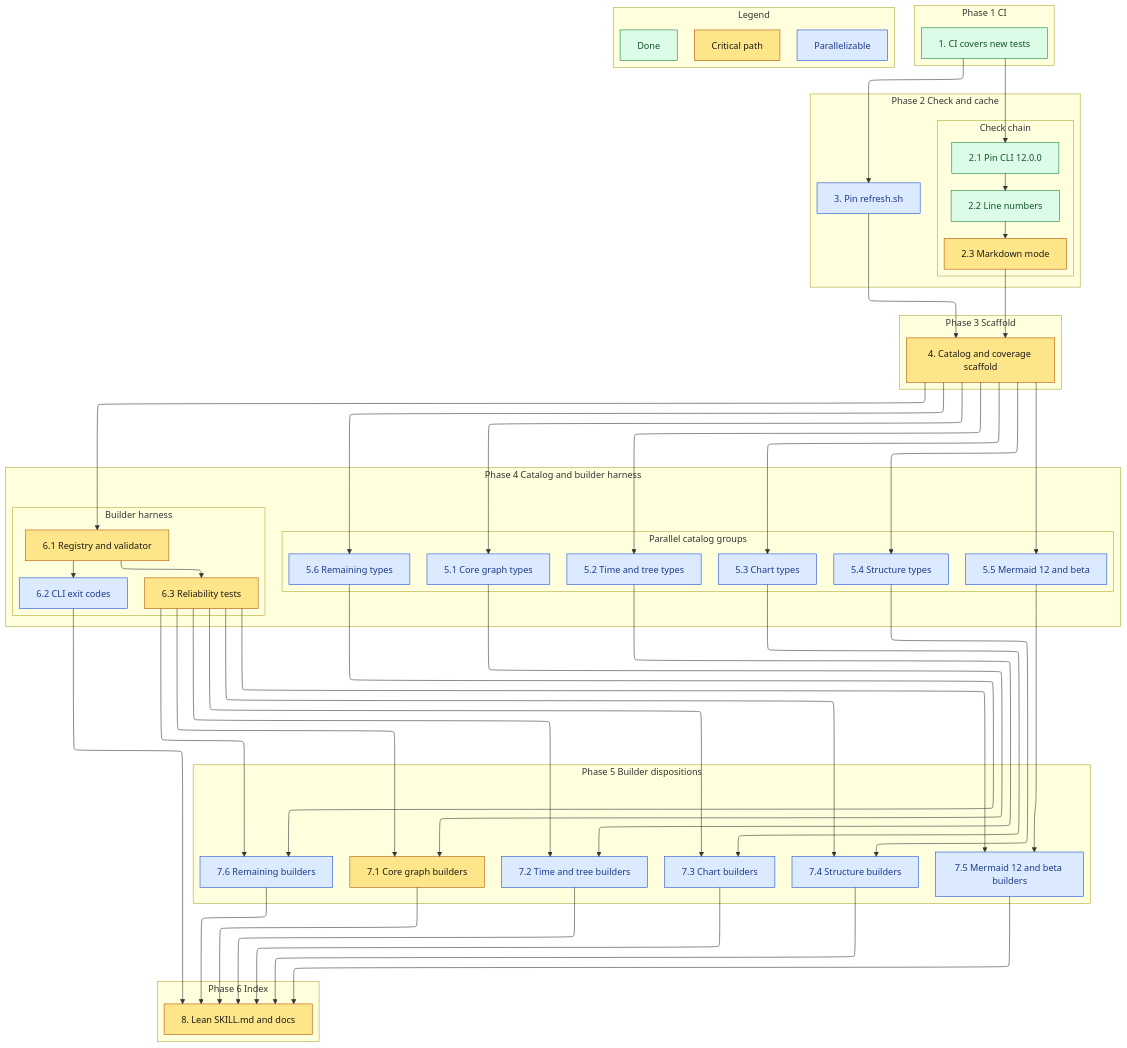
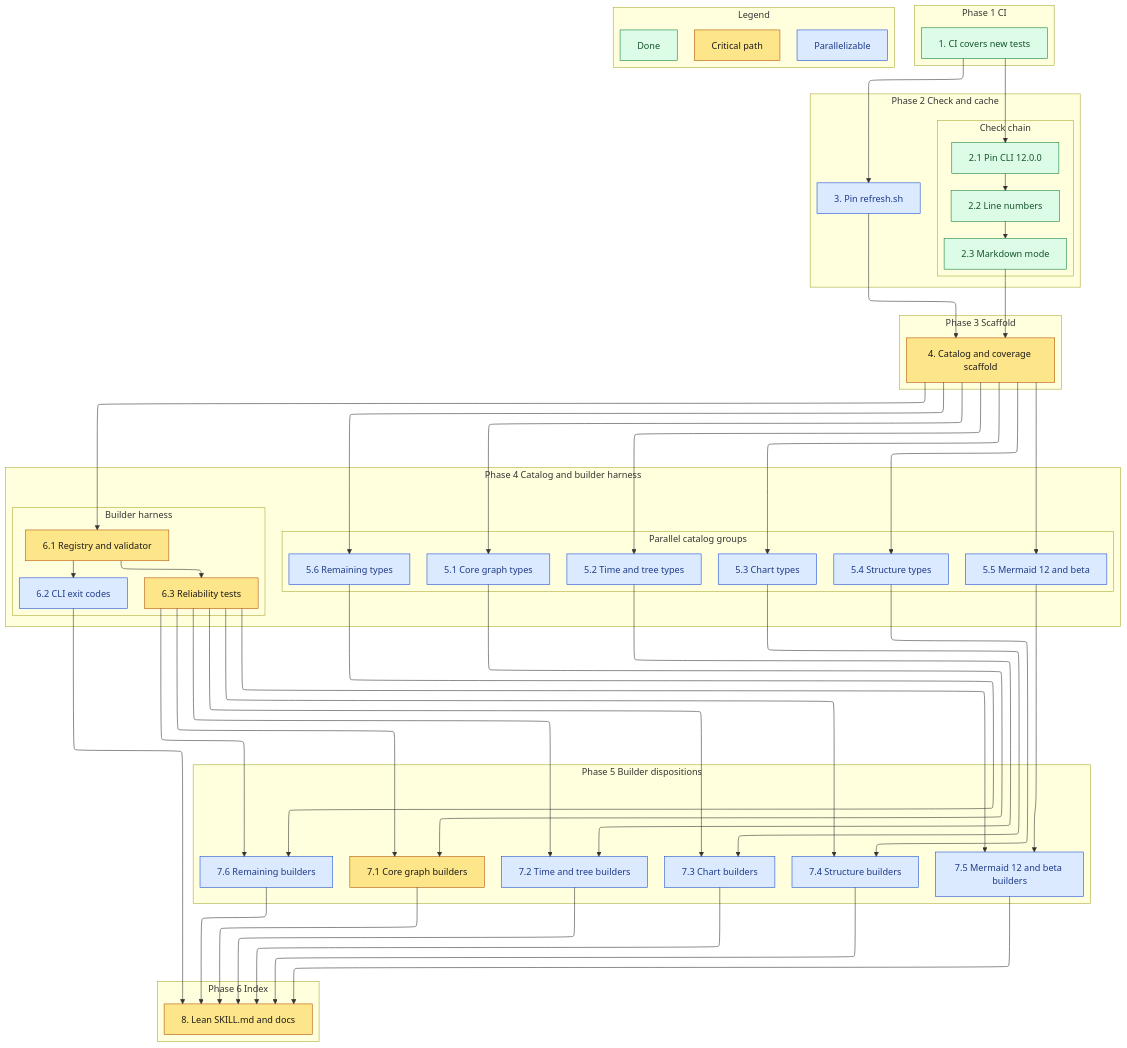
The diagram in .kiro/specs/mermaid-catalog/tasks.md (sohampatwardhan/mermaid-skill), drawn with Mermaid before and after one commit. The commit also changed other lines of this file and 2 other files, not shown here.

Commit message:
feat(check): add markdown mode with path:line failures
Task 2.3 of .kiro/specs/mermaid-catalog/tasks.md
Requirements: 3.7, 3.8, 3.9
Refs #2

````diff
--- a/.kiro/specs/mermaid-catalog/tasks.md
+++ b/.kiro/specs/mermaid-catalog/tasks.md
@@ -94,7 +94,7 @@
   classDef critical fill:#fde68a,stroke:#b45309,color:#1c1917
   classDef parallel fill:#dbeafe,stroke:#1d4ed8,color:#1e3a8a
   classDef done fill:#dcfce7,stroke:#15803d,color:#14532d
-  class t1,t2_1,t2_2,ld done
-  class t2_3,t4,t6_1,t6_3,t7_1,t8,lc critical
+  class t1,t2_1,t2_2,t2_3,ld done
+  class t4,t6_1,t6_3,t7_1,t8,lc critical
   class t3,t5_1,t5_2,t5_3,t5_4,t5_5,t5_6,t6_2,t7_2,t7_3,t7_4,t7_5,t7_6,lp parallel
 ```
````
